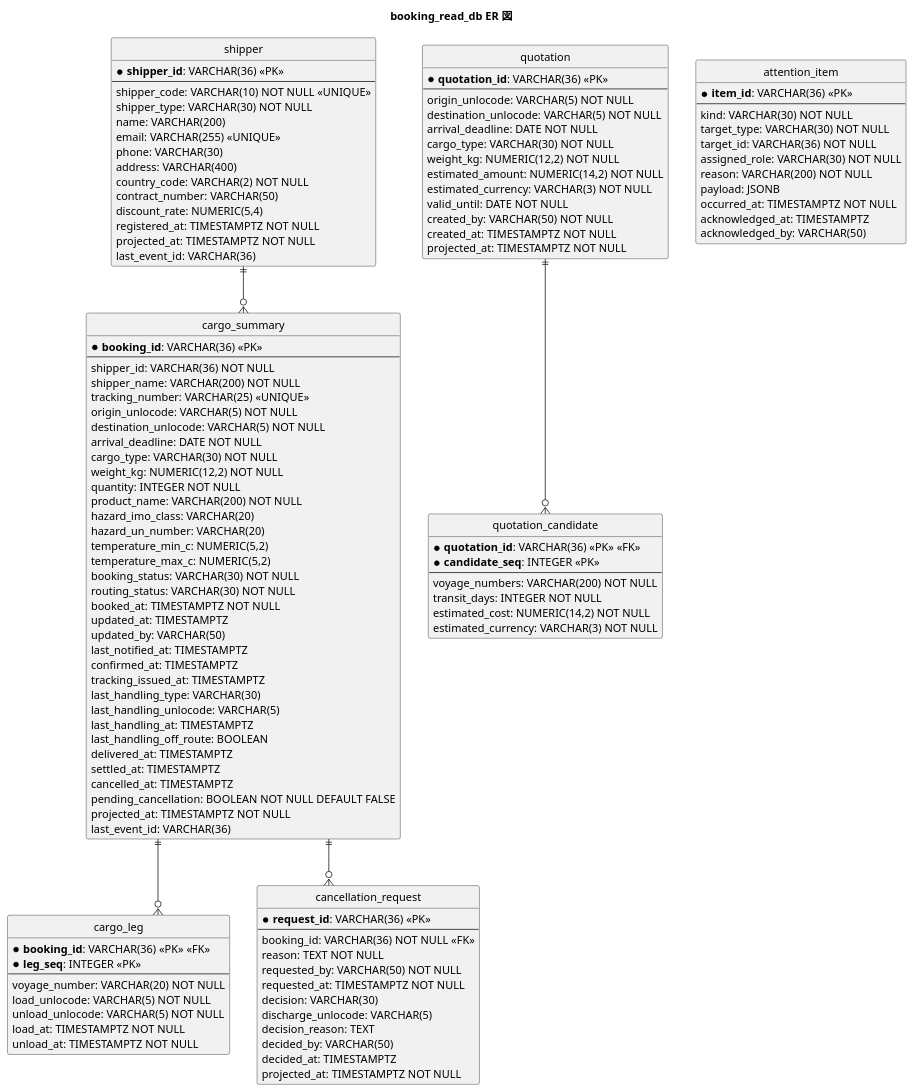
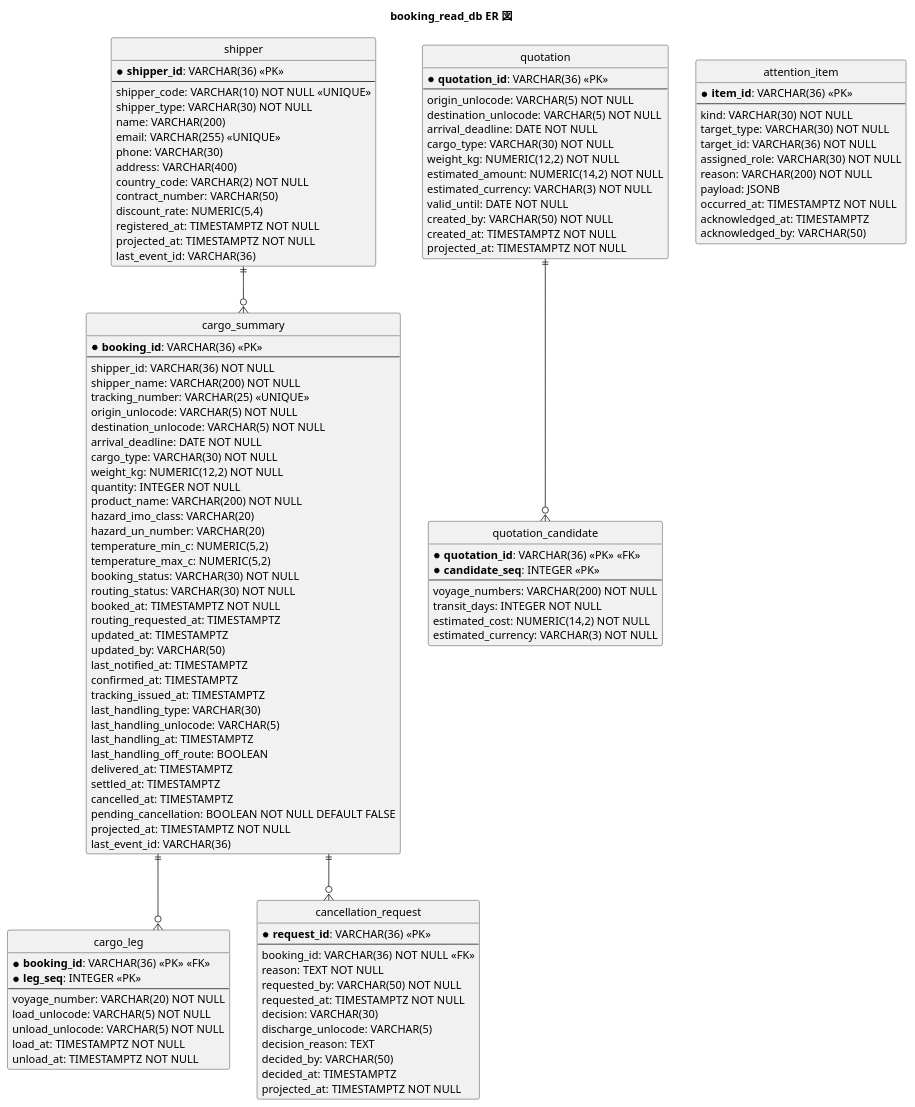
The fourth of 10 diagrams in docs/design/cargo-tracker/data-model.md (k2works/case-study-cargo-tracker), drawn with PlantUML before and after one commit. The commit also changed other lines of this file and 12 other files, not shown here.

```diff
--- a/docs/design/cargo-tracker/data-model.md
+++ b/docs/design/cargo-tracker/data-model.md
@@ -286,6 +286,7 @@
   booking_status: VARCHAR(30) NOT NULL
   routing_status: VARCHAR(30) NOT NULL
   booked_at: TIMESTAMPTZ NOT NULL
+  routing_requested_at: TIMESTAMPTZ
   updated_at: TIMESTAMPTZ
   updated_by: VARCHAR(50)
   last_notified_at: TIMESTAMPTZ
```
